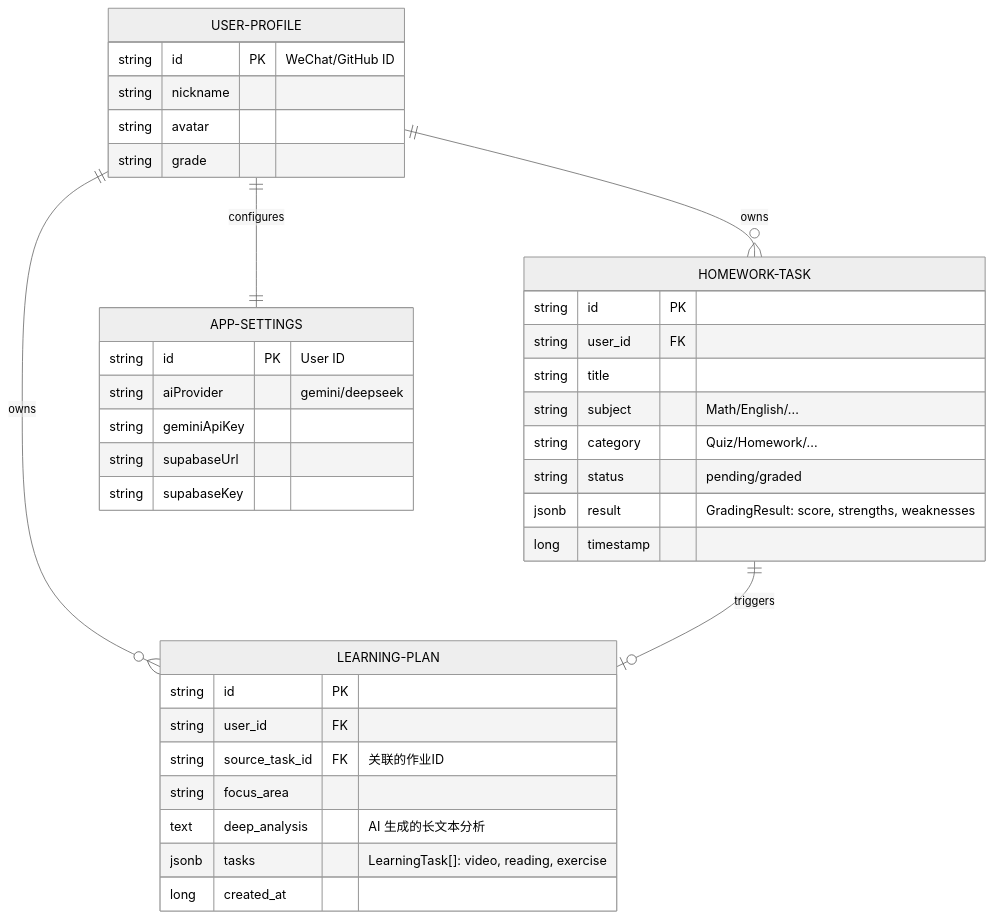
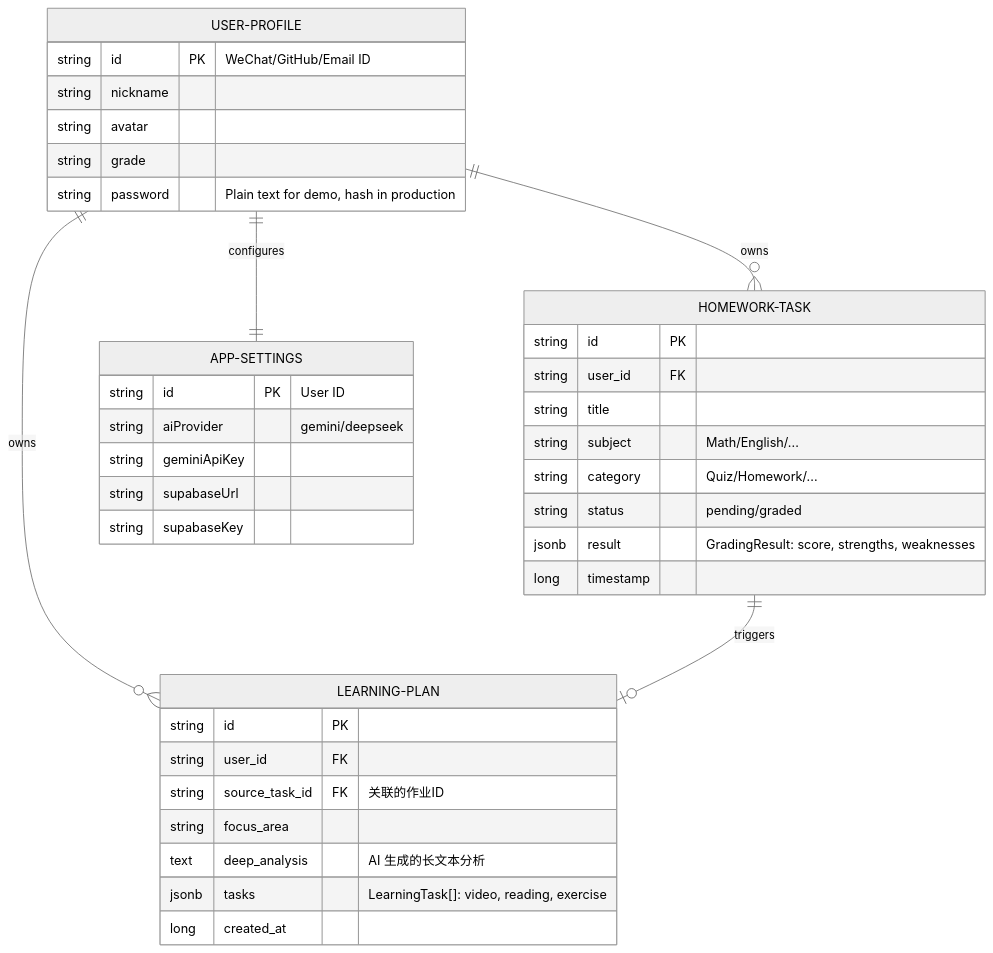
Before and after one commit to yale-zhang/homeWorkTask: the second of 2 diagrams in README.md, drawn with Mermaid (neutral theme). The commit also changed other lines of this file and 5 other files, not shown here.

First line of the commit message:
feat: Implement email/password authentication and user profile enhancements

````diff
--- a/README.md
+++ b/README.md
@@ -40,43 +40,44 @@
 ```mermaid
 erDiagram
     USER-PROFILE ||--o{ HOMEWORK-TASK : "owns"
     USER-PROFILE ||--o{ LEARNING-PLAN : "owns"
     USER-PROFILE ||--|| APP-SETTINGS : "configures"
     HOMEWORK-TASK ||--o| LEARNING-PLAN : "triggers"
     
     USER-PROFILE {
-        string id PK "WeChat/GitHub ID"
+        string id PK "WeChat/GitHub/Email ID"
         string nickname
         string avatar
         string grade
+        string password "Plain text for demo, hash in production"
     }
 
     HOMEWORK-TASK {
         string id PK
         string user_id FK
         string title
         string subject "Math/English/..."
         string category "Quiz/Homework/..."
         string status "pending/graded"
         jsonb result "GradingResult: score, strengths, weaknesses"
         long timestamp
     }
 
     LEARNING-PLAN {
         string id PK
         string user_id FK
         string source_task_id FK "关联的作业ID"
         string focus_area
         text deep_analysis "AI 生成的长文本分析"
         jsonb tasks "LearningTask[]: video, reading, exercise"
         long created_at
     }
 
     APP-SETTINGS {
         string id PK "User ID"
         string aiProvider "gemini/deepseek"
         string geminiApiKey
         string supabaseUrl
         string supabaseKey
     }
 ```
````
